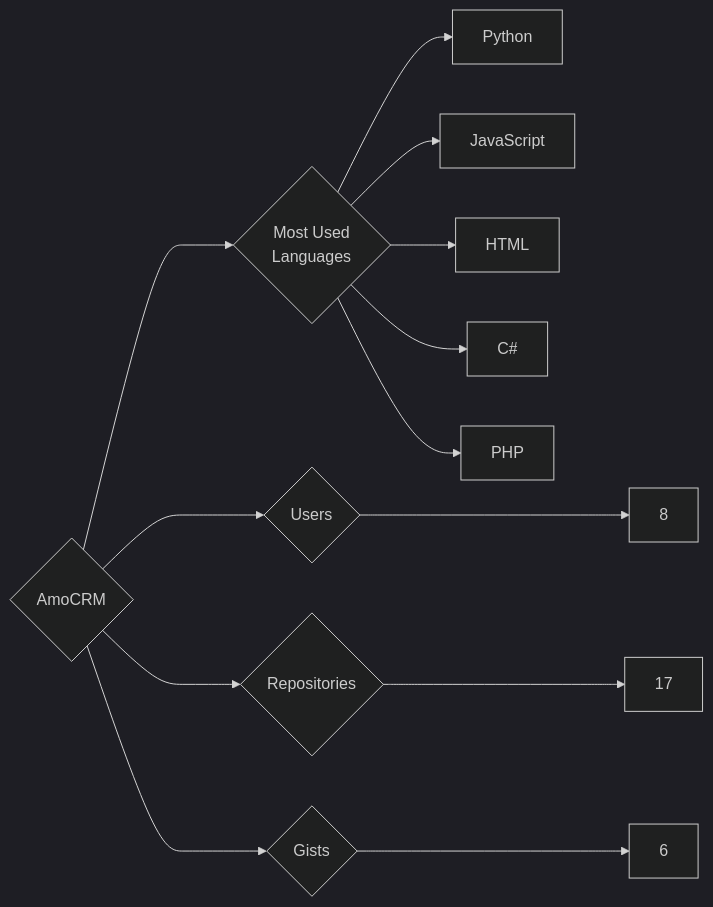
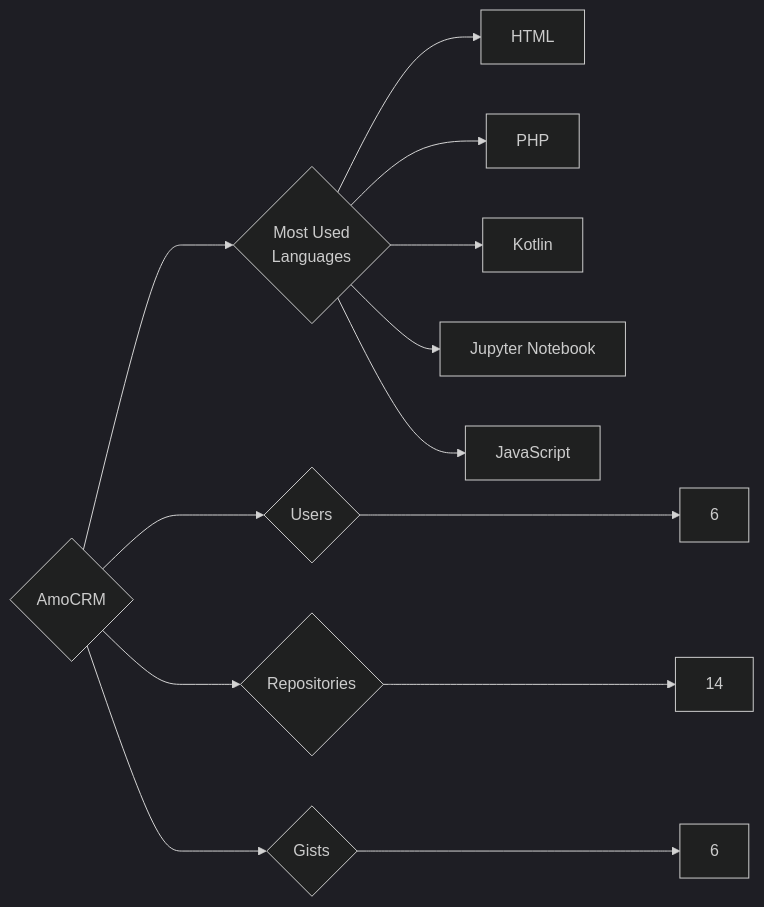
One commit to trickest/insiders changed the diagram in targets/AmoCRM/README.md. Above: the diagram before and after it, drawn with Mermaid (dark theme). The commit also changed 1007 other files, not shown here.

````diff
--- a/targets/AmoCRM/README.md
+++ b/targets/AmoCRM/README.md
@@ -3,13 +3,13 @@
 ```mermaid
 graph LR
 COMPANY_NAME{AmoCRM}
-COMPANY_NAME ---> U{Users} ---> UN[8]
-COMPANY_NAME ---> R{Repositories} ---> RN[17]
+COMPANY_NAME ---> U{Users} ---> UN[6]
+COMPANY_NAME ---> R{Repositories} ---> RN[14]
 COMPANY_NAME ---> G{Gists} ---> GN[6]
 COMPANY_NAME ---> ML{Most Used<br>Languages}
-ML --> Python[Python]
+ML --> HTML[HTML]
+ML --> PHP[PHP]
+ML --> Kotlin[Kotlin]
+ML --> Jupyter_Notebook[Jupyter Notebook]
 ML --> JavaScript[JavaScript]
-ML --> HTML[HTML]
-ML --> C#[C#]
-ML --> PHP[PHP]
 ```
````
